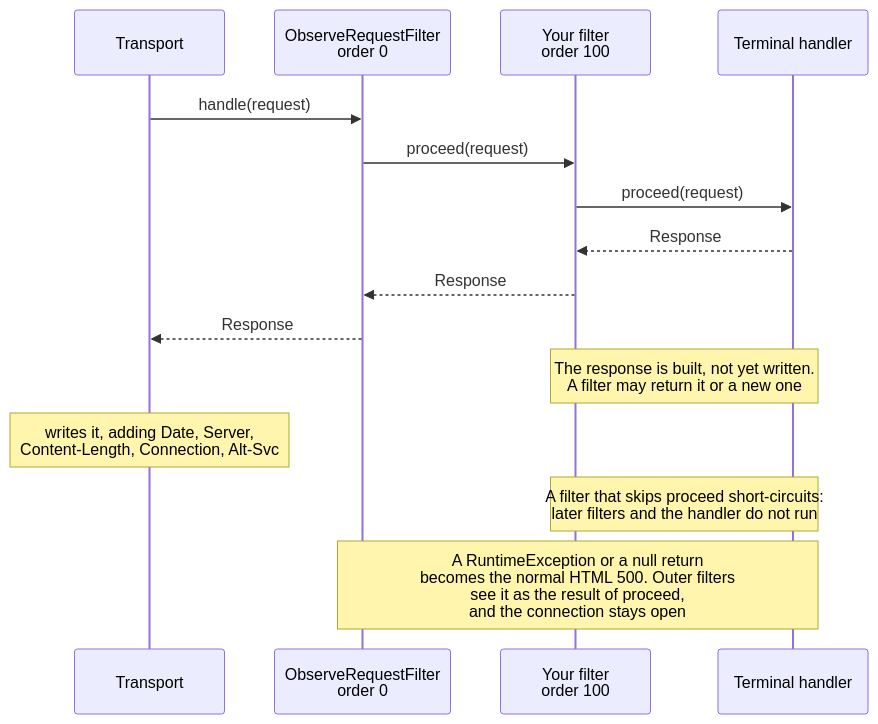
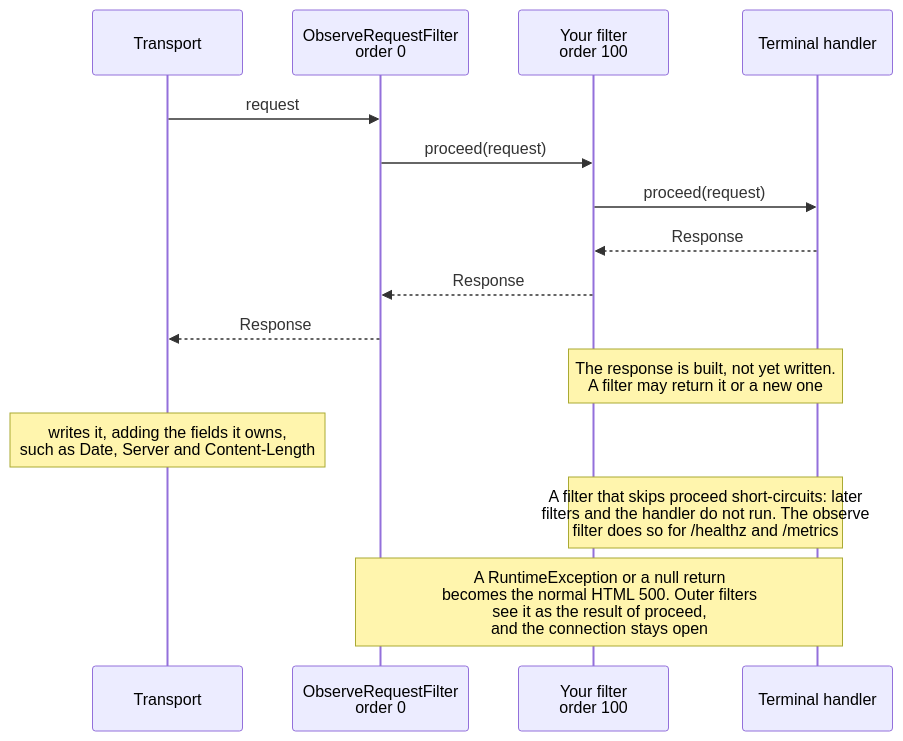
Before and after one commit to BlivionIaG/sjws_nettask: the first of 3 diagrams in docs/development/filters.md, drawn with Mermaid. The commit also changed other lines of this file and 14 other files, not shown here.

````diff
--- a/docs/development/filters.md
+++ b/docs/development/filters.md
@@ -16,18 +16,18 @@
 ```mermaid
 sequenceDiagram
     participant T as Transport
     participant O as ObserveRequestFilter<br/>order 0
     participant F as Your filter<br/>order 100
     participant H as Terminal handler
 
-    T->>O: handle(request)
+    T->>O: request
     O->>F: proceed(request)
     F->>H: proceed(request)
     H-->>F: Response
     F-->>O: Response
     O-->>T: Response
     Note over F,H: The response is built, not yet written.<br/>A filter may return it or a new one
-    Note over T: writes it, adding Date, Server,<br/>Content-Length, Connection, Alt-Svc
-    Note over F,H: A filter that skips proceed short-circuits:<br/>later filters and the handler do not run
+    Note over T: writes it, adding the fields it owns,<br/>such as Date, Server and Content-Length
+    Note over F,H: A filter that skips proceed short-circuits: later<br/>filters and the handler do not run. The observe<br/>filter does so for /healthz and /metrics
     Note over O,H: A RuntimeException or a null return<br/>becomes the normal HTML 500. Outer filters<br/>see it as the result of proceed,<br/>and the connection stays open
 ```
````
